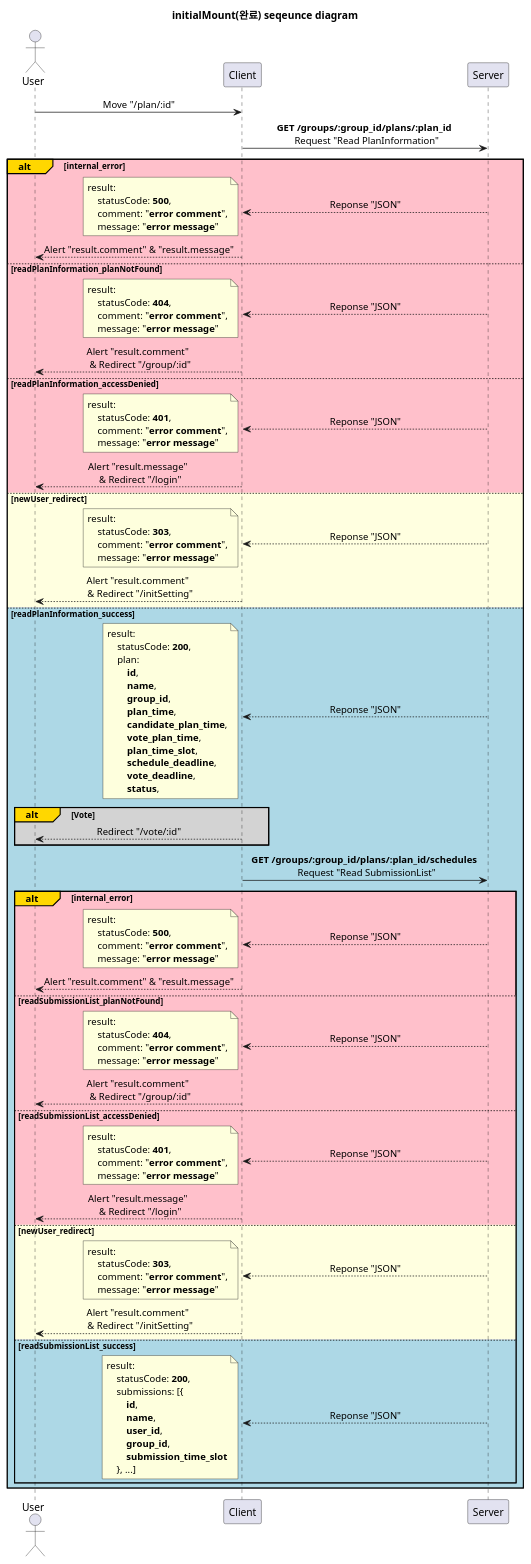
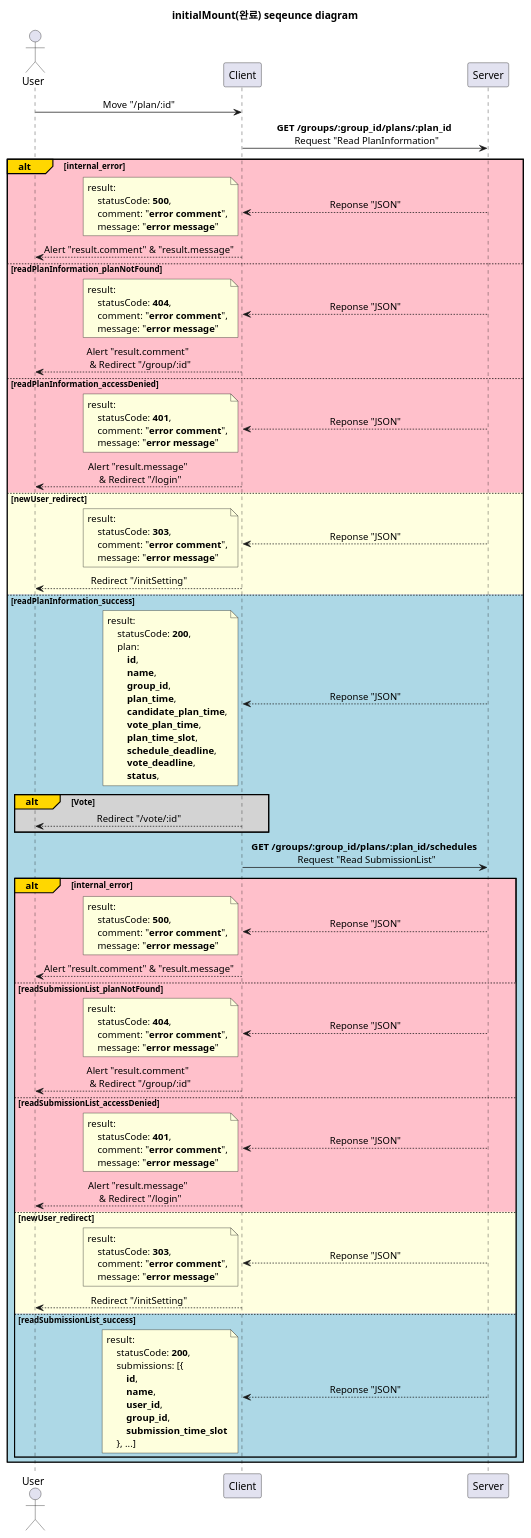
Before and after one commit to devSeungBin/SSCS: the diagram in diagram/plan_page/initialMount.puml, drawn with PlantUML. The commit also changed 19 other files, not shown here.

```diff
--- a/diagram/plan_page/initialMount.puml
+++ b/diagram/plan_page/initialMount.puml
@@ -1,138 +1,138 @@
 @startuml initialMount(완료)
 'http://localhost:3000/plan/:id
 
 title initialMount(완료) seqeunce diagram
 
 skinparam SequenceMessageAlignment center
 
 participant Server order 30
 participant Client order 20
 actor User order 10
 
 User -> Client: Move "/plan/:id"
 
 Client -> Server: **GET /groups/:group_id/plans/:plan_id** \n Request "Read PlanInformation"
 
 alt#Gold #Pink internal_error
     Client <-- Server: Reponse "JSON"
     note left
         result:
             statusCode: **500**,
             comment: "**error comment**",
             message: "**error message**"
     end note
     User <-- Client: Alert "result.comment" & "result.message"
 
 else #Pink readPlanInformation_planNotFound
     Client <-- Server: Reponse "JSON"
     note left
         result:
             statusCode: **404**,
             comment: "**error comment**",
             message: "**error message**"
     end note
     User <-- Client: Alert "result.comment" \n & Redirect "/group/:id"
 
 else #Pink readPlanInformation_accessDenied
     Client <-- Server: Reponse "JSON"
     note left
         result:
             statusCode: **401**,
             comment: "**error comment**",
             message: "**error message**"
     end note
     User <-- Client: Alert "result.message" \n & Redirect "/login"
 
 else #LightYellow newUser_redirect
     Client <-- Server: Reponse "JSON"
     note left
         result:
             statusCode: **303**,
             comment: "**error comment**",
             message: "**error message**"
     end note
-    User <-- Client: Alert "result.comment" \n & Redirect "/initSetting"
+    User <-- Client: Redirect "/initSetting"
 
 else #LightBlue readPlanInformation_success
     Client <-- Server: Reponse "JSON"
     note left
         result:
             statusCode: **200**,
             plan:
                 **id**,
                 **name**,
                 **group_id**,
                 **plan_time**,
                 **candidate_plan_time**,
                 **vote_plan_time**,
                 **plan_time_slot**,
                 **schedule_deadline**,
                 **vote_deadline**,
                 **status**,
     end note
     alt#Gold #LightGray Vote
         User <-- Client: Redirect "/vote/:id"
 
     end
 
     Client -> Server: **GET /groups/:group_id/plans/:plan_id/schedules** \n Request "Read SubmissionList"
 
     alt#Gold #Pink internal_error
         Client <-- Server: Reponse "JSON"
         note left
             result:
                 statusCode: **500**,
                 comment: "**error comment**",
                 message: "**error message**"
         end note
         User <-- Client: Alert "result.comment" & "result.message"
 
     else #Pink readSubmissionList_planNotFound
         Client <-- Server: Reponse "JSON"
         note left
             result:
                 statusCode: **404**,
                 comment: "**error comment**",
                 message: "**error message**"
         end note
         User <-- Client: Alert "result.comment" \n & Redirect "/group/:id"
 
     else #Pink readSubmissionList_accessDenied
         Client <-- Server: Reponse "JSON"
         note left
             result:
                 statusCode: **401**,
                 comment: "**error comment**",
                 message: "**error message**"
         end note
         User <-- Client: Alert "result.message" \n & Redirect "/login"
 
     else #LightYellow newUser_redirect
         Client <-- Server: Reponse "JSON"
         note left
             result:
                 statusCode: **303**,
                 comment: "**error comment**",
                 message: "**error message**"
         end note
-        User <-- Client: Alert "result.comment" \n & Redirect "/initSetting"
+        User <-- Client: Redirect "/initSetting"
 
     else #LightBlue readSubmissionList_success
         Client <-- Server: Reponse "JSON"
         note left
             result:
                 statusCode: **200**,
                 submissions: [{
                     **id**,
                     **name**,
                     **user_id**,
                     **group_id**,
                     **submission_time_slot**
                 }, ...]
         end note
 
     end
 
 end
 
 @enduml
```
